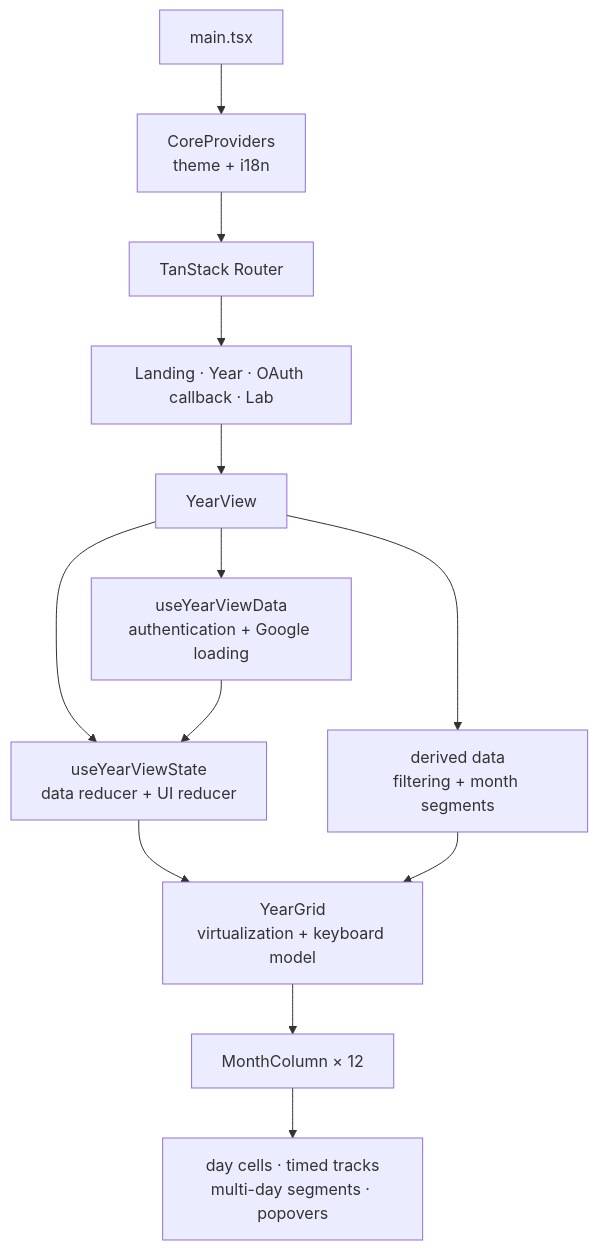
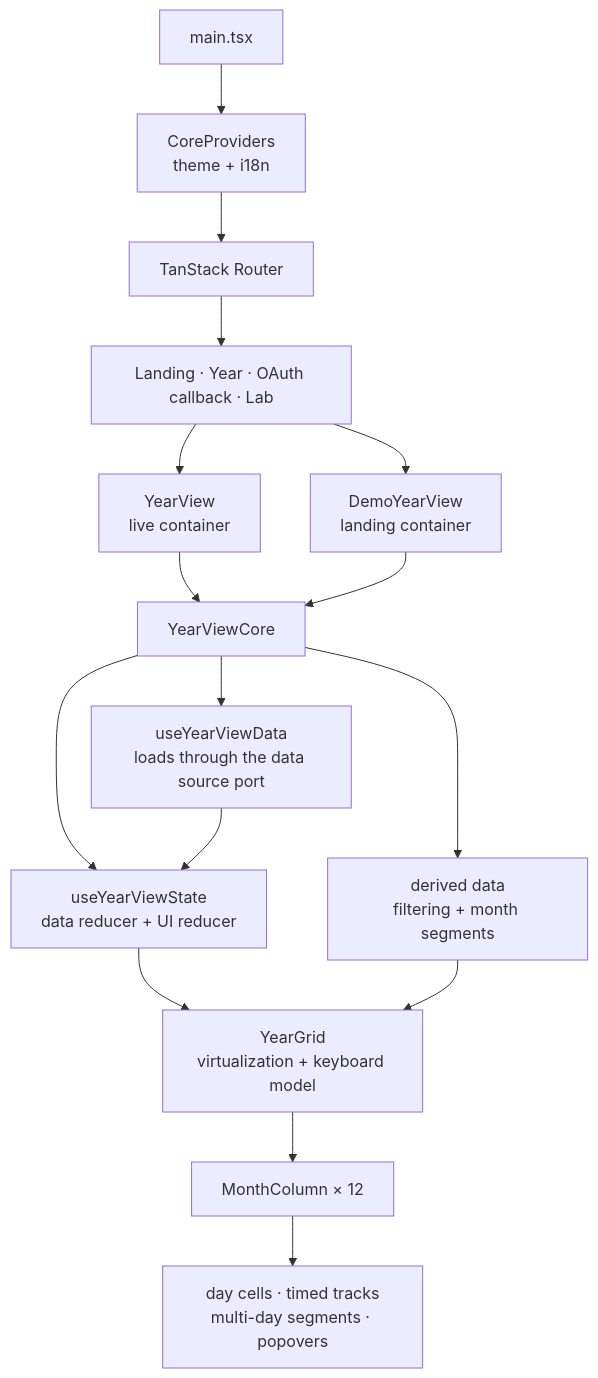
One commit to krmznkr/julian changed the fifth of 6 diagrams in docs/architecture.md. Above: the diagram before and after it, drawn with Mermaid. The commit also changed other lines of this file and 20 other files, not shown here.

````diff
--- a/docs/architecture.md
+++ b/docs/architecture.md
@@ -150,23 +150,26 @@
 ```mermaid
 flowchart TD
   main["main.tsx"]
   providers["CoreProviders<br/>theme + i18n"]
   router["TanStack Router"]
   routes["Landing · Year · OAuth callback · Lab"]
-  year["YearView"]
+  live["YearView<br/>live container"]
+  demo["DemoYearView<br/>landing container"]
+  core["YearViewCore"]
   state["useYearViewState<br/>data reducer + UI reducer"]
-  data["useYearViewData<br/>authentication + Google loading"]
+  data["useYearViewData<br/>loads through the data source port"]
   derived["derived data<br/>filtering + month segments"]
   grid["YearGrid<br/>virtualization + keyboard model"]
   columns["MonthColumn × 12"]
   layers["day cells · timed tracks<br/>multi-day segments · popovers"]
 
   main --> providers --> router --> routes
-  routes --> year
-  year --> state
-  year --> data
-  year --> derived
+  routes --> live --> core
+  routes --> demo --> core
+  core --> state
+  core --> data
+  core --> derived
   state --> grid
   data --> state
   derived --> grid --> columns --> layers
 ```
````
